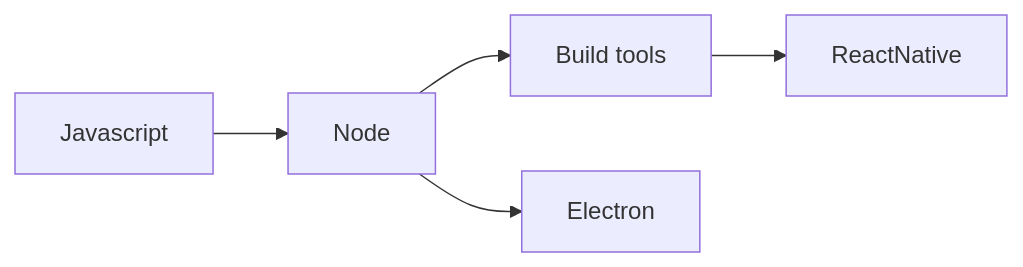
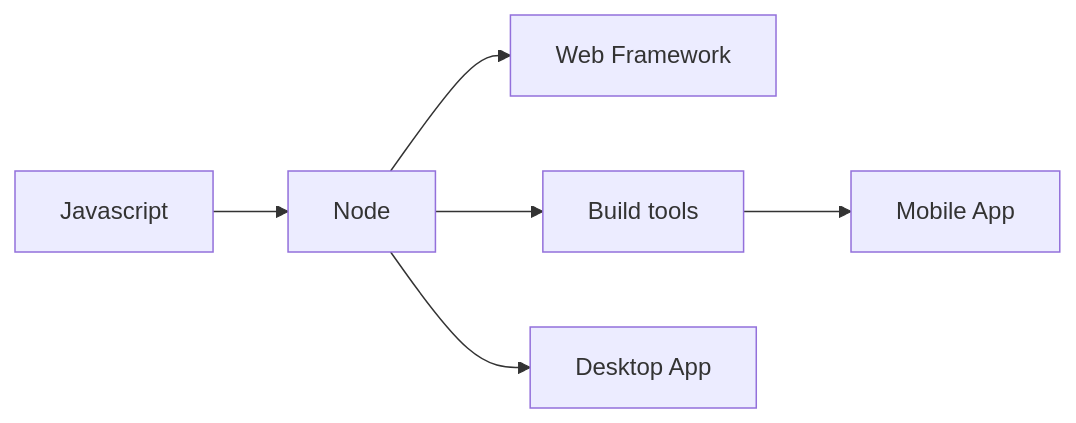
The diagram in source/_drafts/how-node-works.md (gasolin/blog), drawn with Mermaid before and after one commit. The commit also changed other lines of this file, not shown here.

```diff
--- a/source/_drafts/how-node-works.md
+++ b/source/_drafts/how-node-works.md
@@ -25,7 +27,8 @@
 {% mermaid %}
 graph LR
 Javascript --> Node
+Node --> webframework[Web Framework]
 Node --> Build[Build tools]
-Build --> ReactNative
-Node --> Electron
+Build --> ReactNative[Mobile App]
+Node --> Electron[Desktop App]
 {% endmermaid %}
```
